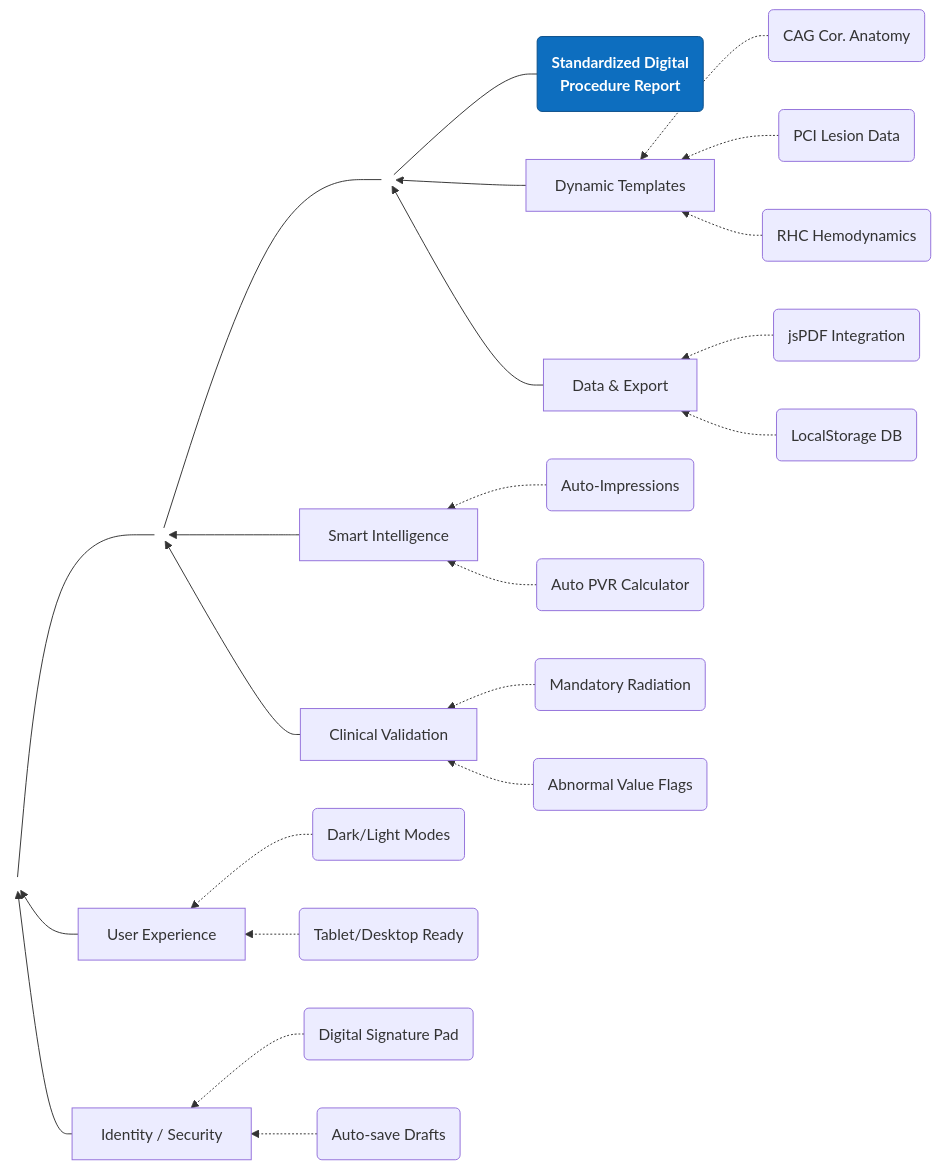
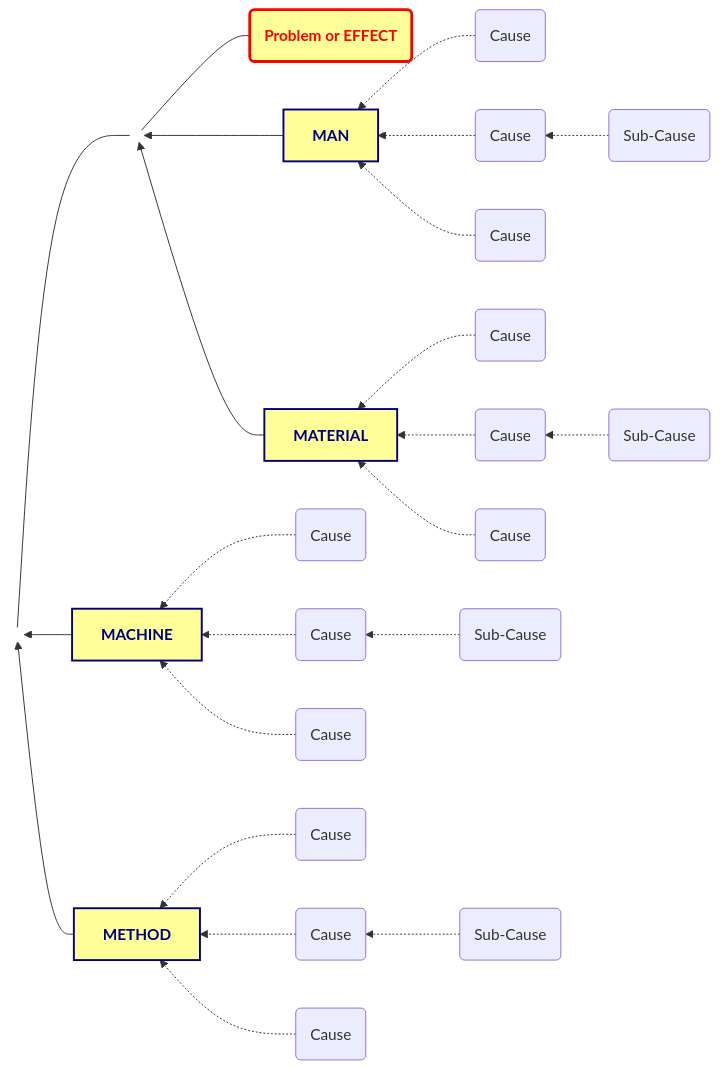
The second of 2 diagrams in docs/diagrams.md (DrEnosh/cathlab-reporting-system), drawn with Mermaid before and after one commit.

Commit message:
docs: use standard 4M Ishikawa format for fishbone diagram

````diff
--- a/docs/diagrams.md
+++ b/docs/diagrams.md
@@ -59,46 +59,52 @@
 ```mermaid
 flowchart RL
-    %% Define Goal
-    Goal(Standardized Digital<br/>Procedure Report)
-    class Goal primary
-    
-    %% The main spine
+    %% Define Goal (The Problem or Effect)
+    Goal(Problem or EFFECT)
+    class Goal effect
+
+    %% The Main Spine
     Goal --- Spine1(( ))
     Spine1 --- Spine2(( ))
-    Spine2 --- Spine3(( ))
     
     style Spine1 fill:none,stroke:none
     style Spine2 fill:none,stroke:none
-    style Spine3 fill:none,stroke:none
 
-    %% Categories (Ribs)
-    Templates[Dynamic Templates] --> Spine1
-    SmartFeatures[Smart Intelligence] --> Spine2
-    UX[User Experience] --> Spine3
-    
-    DataStore[Data & Export] --> Spine1
-    Validation[Clinical Validation] --> Spine2
-    Security[Identity / Security] --> Spine3
+    %% Top Categories (MAN, MACHINE)
+    Man[MAN] --> Spine1
+    Machine[MACHINE] --> Spine2
 
-    %% Detailed Bones (Sub-causes)
-    CAG(CAG Cor. Anatomy) -.-> Templates
-    PCI(PCI Lesion Data) -.-> Templates
-    RHC(RHC Hemodynamics) -.-> Templates
-    
-    AutoSug(Auto-Impressions) -.-> SmartFeatures
-    PVRCalc(Auto PVR Calculator) -.-> SmartFeatures
-    
-    DarkMode(Dark/Light Modes) -.-> UX
-    Responsive(Tablet/Desktop Ready) -.-> UX
-    
-    PDF(jsPDF Integration) -.-> DataStore
-    Local(LocalStorage DB) -.-> DataStore
-    
-    Mandatory(Mandatory Radiation) -.-> Validation
-    Abnormal(Abnormal Value Flags) -.-> Validation
-    
-    Sig(Digital Signature Pad) -.-> Security
-    Draft(Auto-save Drafts) -.-> Security
+    %% Bottom Categories (MATERIAL, METHOD)
+    Material[MATERIAL] --> Spine1
+    Method[METHOD] --> Spine2
 
-    classDef primary fill:#0D6EBF,stroke:#094D87,color:#fff,font-weight:bold
+    %% Sub-causes for MAN
+    CauseMan1(Cause) -.-> Man
+    CauseMan2(Cause) -.-> Man
+    CauseMan3(Cause) -.-> Man
+    SubCauseMan1(Sub-Cause) -.-> CauseMan2
+
+    %% Sub-causes for MACHINE
+    CauseMach1(Cause) -.-> Machine
+    CauseMach2(Cause) -.-> Machine
+    CauseMach3(Cause) -.-> Machine
+    SubCauseMach1(Sub-Cause) -.-> CauseMach2
+
+    %% Sub-causes for MATERIAL
+    CauseMat1(Cause) -.-> Material
+    CauseMat2(Cause) -.-> Material
+    CauseMat3(Cause) -.-> Material
+    SubCauseMat1(Sub-Cause) -.-> CauseMat2
+
+    %% Sub-causes for METHOD
+    CauseMeth1(Cause) -.-> Method
+    CauseMeth2(Cause) -.-> Method
+    CauseMeth3(Cause) -.-> Method
+    SubCauseMeth1(Sub-Cause) -.-> CauseMeth2
+
+    %% Styles
+    classDef effect fill:#FFFF99,stroke:#FF0000,stroke-width:3px,color:#FF0000,font-weight:bold
+    style Man fill:#FFFF99,stroke:#000080,stroke-width:2px,color:#000080,font-weight:bold
+    style Machine fill:#FFFF99,stroke:#000080,stroke-width:2px,color:#000080,font-weight:bold
+    style Material fill:#FFFF99,stroke:#000080,stroke-width:2px,color:#000080,font-weight:bold
+    style Method fill:#FFFF99,stroke:#000080,stroke-width:2px,color:#000080,font-weight:bold
 ```
````
